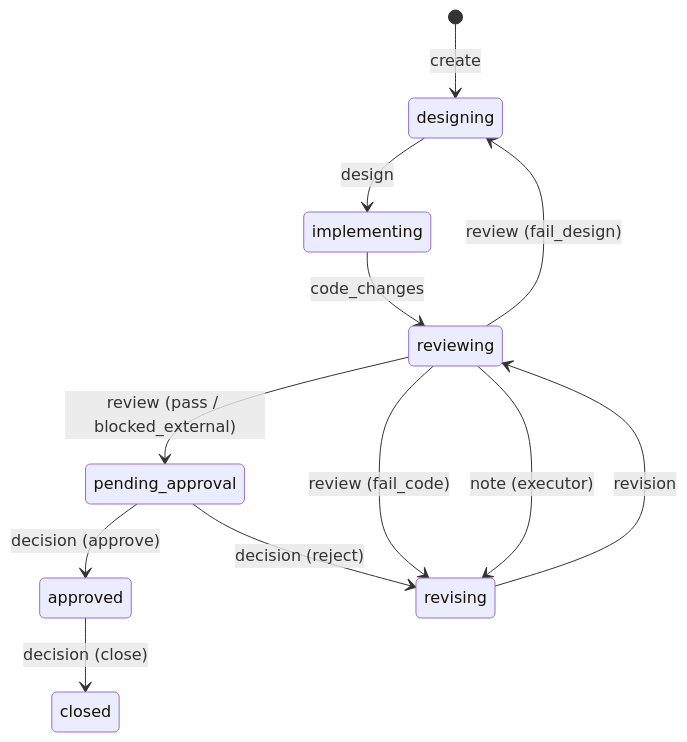
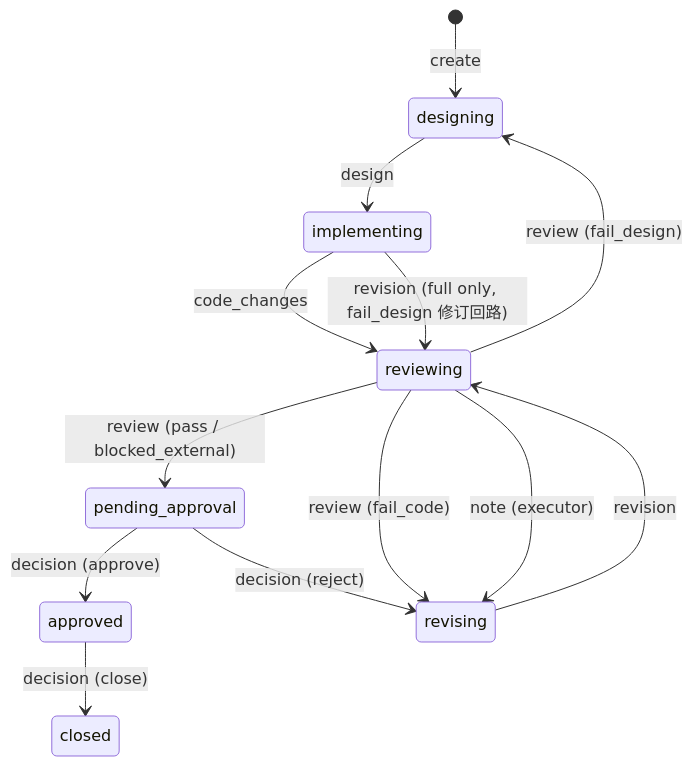
The diagram in design/system-design.md (ianf-ai/take-ur-turn), drawn with Mermaid before and after one commit. The commit also changed other lines of this file and 57 other files, not shown here.

````diff
--- a/design/system-design.md
+++ b/design/system-design.md
@@ -79,14 +79,15 @@
 ```mermaid
 stateDiagram-v2
     [*] --> designing : create
     designing --> implementing : design
     implementing --> reviewing : code_changes
     reviewing --> pending_approval : review (pass / blocked_external)
     reviewing --> revising : review (fail_code)
     reviewing --> revising : note (executor)
     reviewing --> designing : review (fail_design)
     revising --> reviewing : revision
+    implementing --> reviewing : revision (full only, fail_design 修订回路)
     pending_approval --> approved : decision (approve)
     pending_approval --> revising : decision (reject)
     approved --> closed : decision (close)
 ```
````
